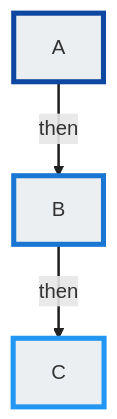
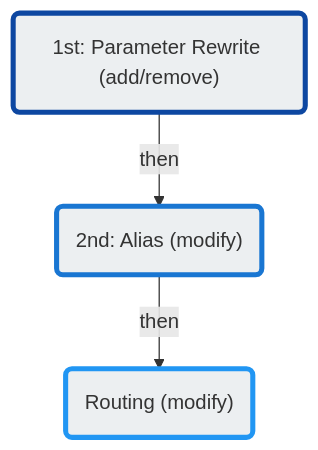
The diagram in docs/number-manipulation.md (connexcs/docs), drawn with Mermaid before and after one commit.

Commit message:
Update number-manipulation.md
fix mermaid

````diff
--- a/docs/number-manipulation.md
+++ b/docs/number-manipulation.md
@@ -4,9 +4,7 @@
 ```mermaid
 graph TD
-A -->|then| B -->|then| C
+A("1st: Parameter Rewrite (add/remove)") -->|then| B("2nd: Alias (modify)") -->|then| C("Routing (modify)")
 style A fill:#ECEFF1,stroke:#0D47A1,stroke-width:4px
 style B fill:#ECEFF1,stroke:#1976D2,stroke-width:4px
 style C fill:#ECEFF1,stroke:#2196F3,stroke-width:4px
-linkStyle 0 stroke:#212121,stroke-width:2px
-linkStyle 1 stroke:#212121,stroke-width:2px
 ```
````
